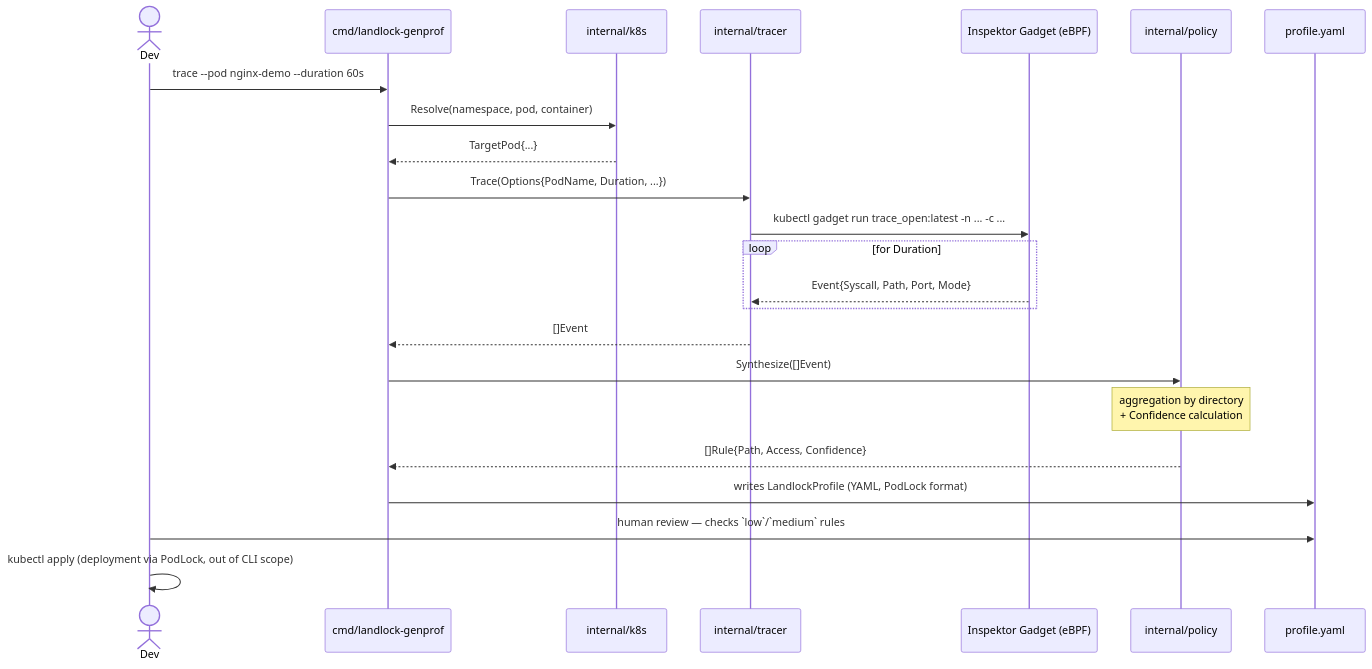
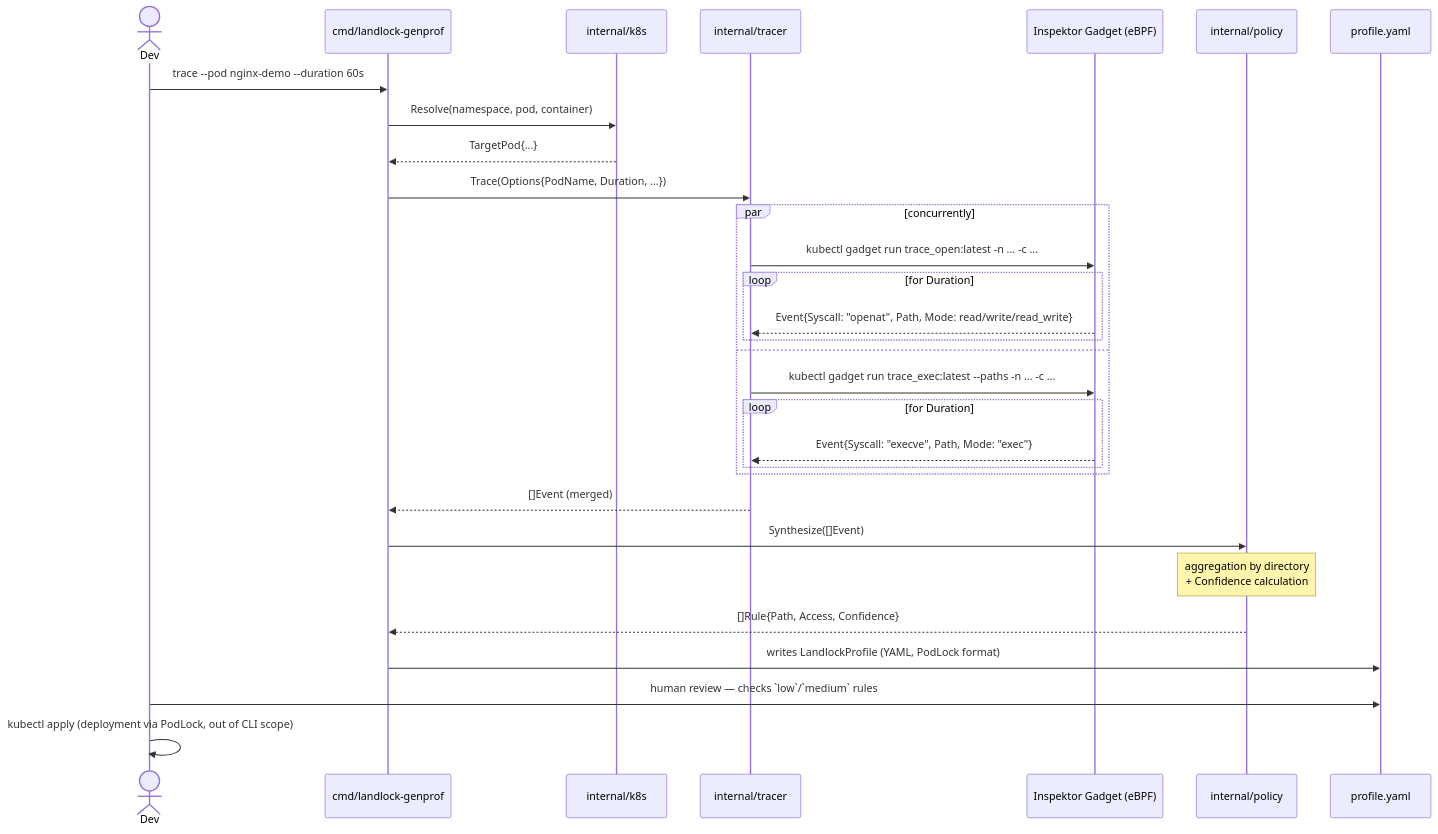
One commit to idriss-eliguene/landlock-genprof changed the second of 3 diagrams in docs/architecture.md. Above: the diagram before and after it, drawn with Mermaid. The commit also changed other lines of this file and 5 other files, not shown here.

First line of the commit message:
feat(tracer): add trace_exec so readExec/readWriteExec are actually reachable

````diff
--- a/docs/architecture.md
+++ b/docs/architecture.md
@@ -62,26 +62,33 @@
 ```mermaid
 sequenceDiagram
     actor Dev
     participant CLI as cmd/landlock-genprof
     participant K8s as internal/k8s
     participant Tracer as internal/tracer
     participant IG as Inspektor Gadget (eBPF)
     participant Policy as internal/policy
     participant FS as profile.yaml
 
     Dev->>CLI: trace --pod nginx-demo --duration 60s
     CLI->>K8s: Resolve(namespace, pod, container)
     K8s-->>CLI: TargetPod{...}
     CLI->>Tracer: Trace(Options{PodName, Duration, ...})
-    Tracer->>IG: kubectl gadget run trace_open:latest -n ... -c ...
-    loop for Duration
-        IG-->>Tracer: Event{Syscall, Path, Port, Mode}
+    par concurrently
+        Tracer->>IG: kubectl gadget run trace_open:latest -n ... -c ...
+        loop for Duration
+            IG-->>Tracer: Event{Syscall: "openat", Path, Mode: read/write/read_write}
+        end
+    and
+        Tracer->>IG: kubectl gadget run trace_exec:latest --paths -n ... -c ...
+        loop for Duration
+            IG-->>Tracer: Event{Syscall: "execve", Path, Mode: "exec"}
+        end
     end
-    Tracer-->>CLI: []Event
+    Tracer-->>CLI: []Event (merged)
     CLI->>Policy: Synthesize([]Event)
     Note over Policy: aggregation by directory<br/>+ Confidence calculation
     Policy-->>CLI: []Rule{Path, Access, Confidence}
     CLI->>FS: writes LandlockProfile (YAML, PodLock format)
     Dev->>FS: human review — checks `low`/`medium` rules
     Dev->>Dev: kubectl apply (deployment via PodLock, out of CLI scope)
 ```
````
